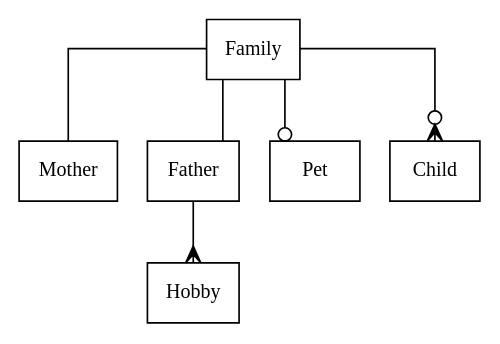
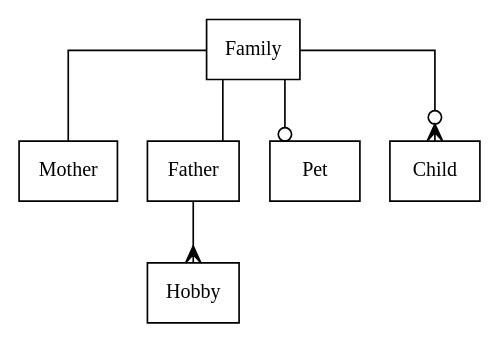
The diagram in structure.md (untillpro/diagrams), drawn with Graphviz before and after one commit.

````diff
--- a/structure.md
+++ b/structure.md
@@ -1,14 +1,13 @@
 ```dot
 digraph graphname {
 
-    graph[rankdir=BT splines=ortho]
+    graph[rankdir=TB splines=ortho]
     node [ fontname = "Cambria" shape = "record" fontsize = 12]
     edge [dir=both arrowhead=none arrowtail=none]
-
-    Mother -> Family
-    Father -> Family
-    Pet -> Family [arrowtail=odot]
-    Child -> Family [arrowtail=crowodot]
-    Hobby -> Father [arrowtail=crow]
+    Family -> Mother
+    Family -> Father
+    Family -> Pet [arrowhead=odot]
+    Family -> Child [arrowhead=crowodot]
+    Father -> Hobby [arrowhead=crow]
 }
 ```
````
